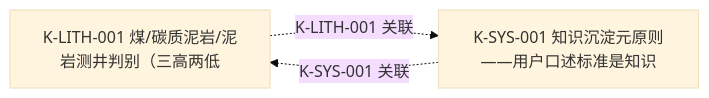
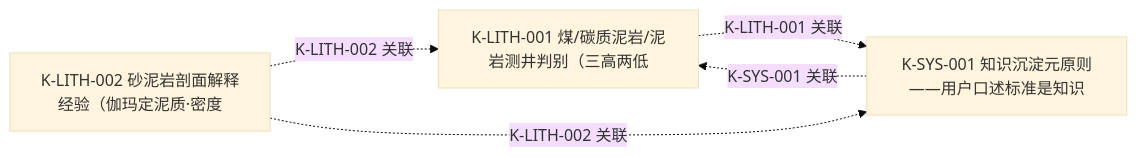
One commit to uz215/logint-uz215 changed the diagram in knowledge/知识图谱总览.md. Above: the diagram before and after it, drawn with Mermaid (base theme). The commit also changed other lines of this file and 3 other files, not shown here.

````diff
--- a/knowledge/知识图谱总览.md
+++ b/knowledge/知识图谱总览.md
@@ -22,7 +23,10 @@
 ```mermaid
 flowchart LR
     K_LITH_001["K-LITH-001 煤/碳质泥岩/泥岩测井判别（三高两低"]
+    K_LITH_002["K-LITH-002 砂泥岩剖面解释经验（伽玛定泥质·密度"]
     K_SYS_001["K-SYS-001 知识沉淀元原则——用户口述标准是知识"]
     K_LITH_001 -.->|K-LITH-001 关联| K_SYS_001
+    K_LITH_002 -.->|K-LITH-002 关联| K_LITH_001
+    K_LITH_002 -.->|K-LITH-002 关联| K_SYS_001
     K_SYS_001 -.->|K-SYS-001 关联| K_LITH_001
 ```
````
